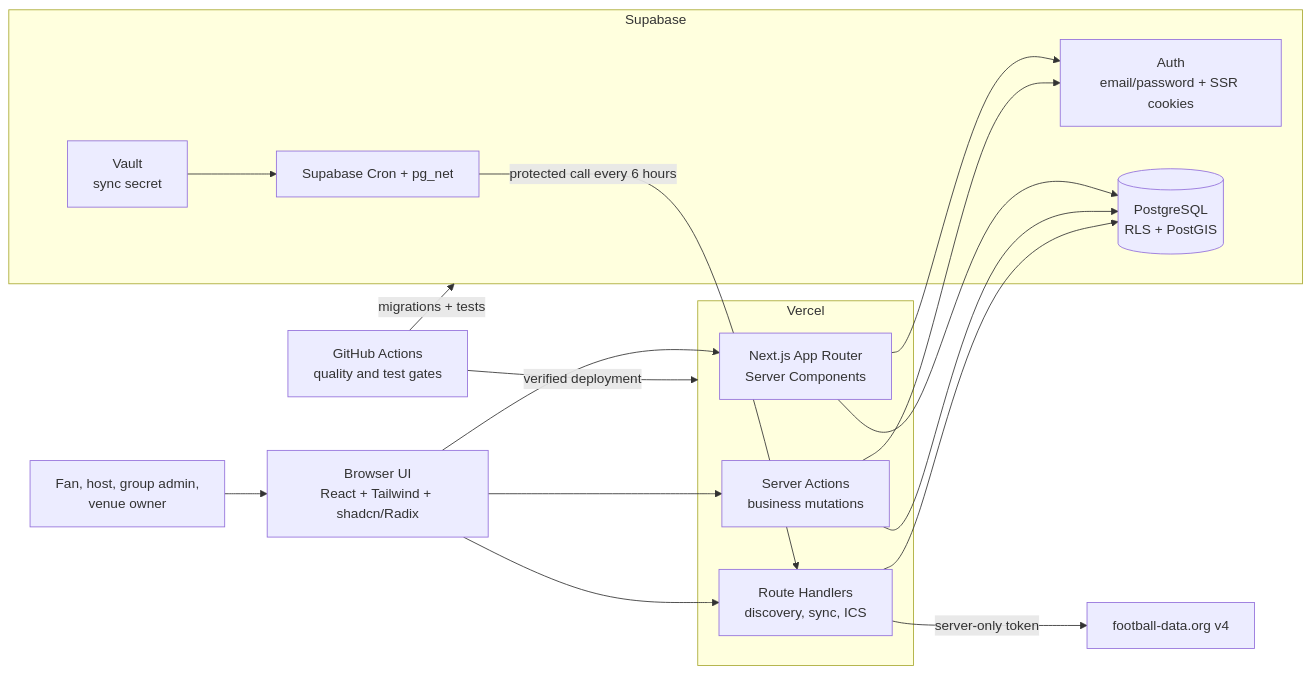
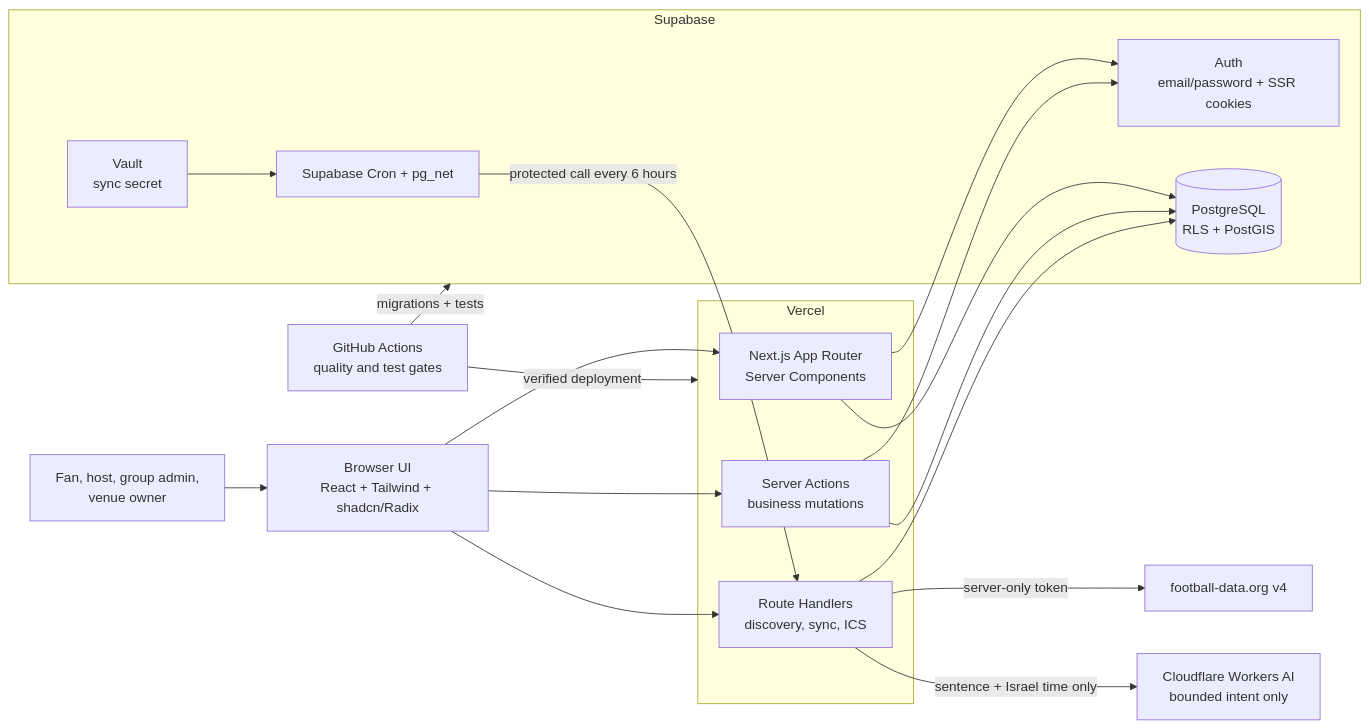
The diagram in docs/HUDDLE-ARCHITECTURE.md (gethuddle/huddle), drawn with Mermaid before and after one commit. The commit also changed other lines of this file and 60 other files, not shown here.

````diff
--- a/docs/HUDDLE-ARCHITECTURE.md
+++ b/docs/HUDDLE-ARCHITECTURE.md
@@ -97,36 +100,38 @@
 ```mermaid
 flowchart LR
     Person[Fan, host, group admin,<br/>venue owner]
     Browser[Browser UI<br/>React + Tailwind + shadcn/Radix]
 
     subgraph Vercel[Vercel]
         Next[Next.js App Router<br/>Server Components]
         Mutations[Server Actions<br/>business mutations]
         Routes[Route Handlers<br/>discovery, sync, ICS]
     end
 
     subgraph Supabase[Supabase]
         Auth[Auth<br/>email/password + SSR cookies]
         DB[(PostgreSQL<br/>RLS + PostGIS)]
         Cron[Supabase Cron + pg_net]
         Vault[Vault<br/>sync secret]
     end
 
     Provider[football-data.org v4]
+    AI[Cloudflare Workers AI<br/>bounded intent only]
     CI[GitHub Actions<br/>quality and test gates]
 
     Person --> Browser
     Browser --> Next
     Browser --> Mutations
     Browser --> Routes
     Next --> Auth
     Mutations --> Auth
     Next --> DB
     Mutations --> DB
     Routes --> DB
     Cron -->|protected call every 6 hours| Routes
     Vault --> Cron
     Routes -->|server-only token| Provider
+    Routes -->|sentence + Israel time only| AI
     CI -->|verified deployment| Vercel
     CI -->|migrations + tests| Supabase
 ```
````
